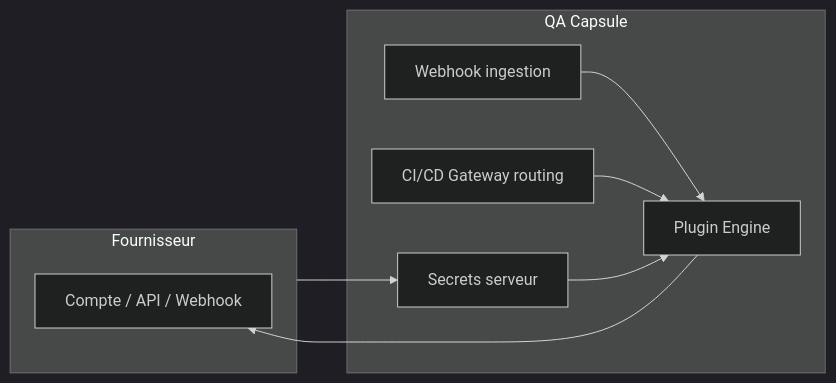
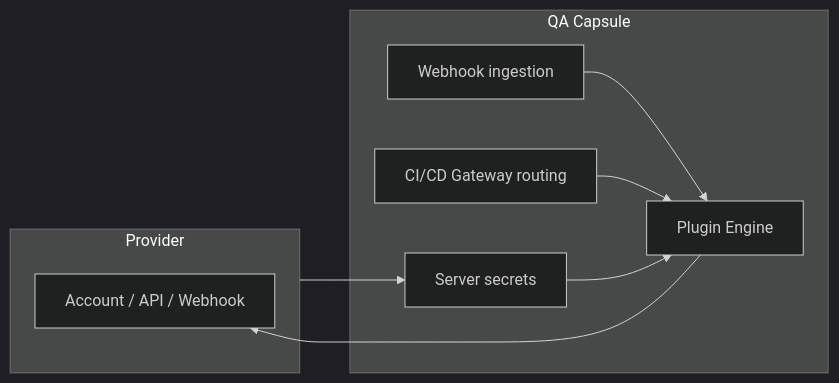
The first of 2 diagrams in docs/plugins/configuration-guide.md (QA-Capsule/qa-capsule-community), drawn with Mermaid (dark theme) before and after one commit. The commit also changed other lines of this file and 121 other files, not shown here.

````diff
--- a/docs/plugins/configuration-guide.md
+++ b/docs/plugins/configuration-guide.md
@@ -19,17 +19,17 @@
 ```mermaid
 flowchart LR
-  subgraph provider [Fournisseur]
-    API[Compte / API / Webhook]
+  subgraph provider [Provider]
+    API[Account / API / Webhook]
   end
   subgraph qac [QA Capsule]
-    ENV[Secrets serveur]
+    ENV[Server secrets]
     PE[Plugin Engine]
     GW[CI/CD Gateway routing]
     WH[Webhook ingestion]
   end
   WH --> PE
   PE --> API
   GW --> PE
   ENV --> PE
   provider --> ENV
 ```
````
